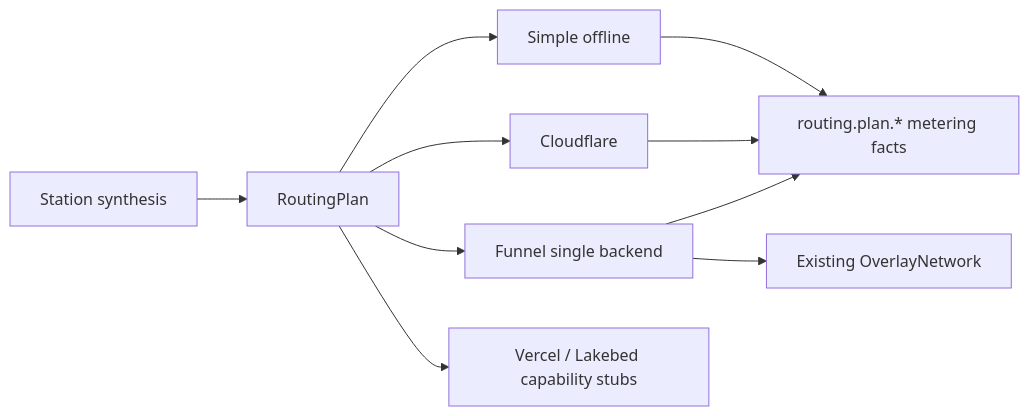
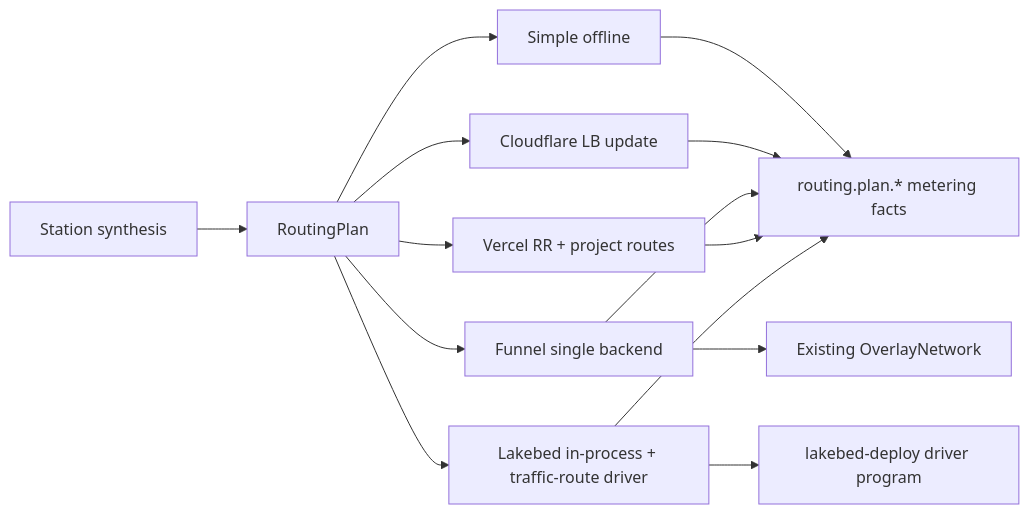
Before and after one commit to Tyler-R-Kendrick/HoBo: the fifth of 6 diagrams in packages/connectivity/ARCHITECTURE.md, drawn with Mermaid. The commit also changed other lines of this file and 15 other files, not shown here.

First line of the commit message:
feat(connectivity): production Vercel and Lakebed traffic routing

````diff
--- a/packages/connectivity/ARCHITECTURE.md
+++ b/packages/connectivity/ARCHITECTURE.md
@@ -135,12 +135,16 @@
 ```mermaid
 flowchart LR
   ST[Station synthesis] --> PLAN[RoutingPlan]
   PLAN --> SIMPLE[Simple offline]
-  PLAN --> CF[Cloudflare]
+  PLAN --> CF[Cloudflare LB update]
   PLAN --> FUNNEL[Funnel single backend]
-  PLAN --> STUB[Vercel / Lakebed capability stubs]
+  PLAN --> VERCEL[Vercel RR + project routes]
+  PLAN --> LAKEBED[Lakebed in-process + traffic-route driver]
   SIMPLE --> FACTS[routing.plan.* metering facts]
   CF --> FACTS
   FUNNEL --> OV[Existing OverlayNetwork]
   FUNNEL --> FACTS
+  VERCEL --> FACTS
+  LAKEBED --> FACTS
+  LAKEBED --> DRV[lakebed-deploy driver program]
 ```
````
